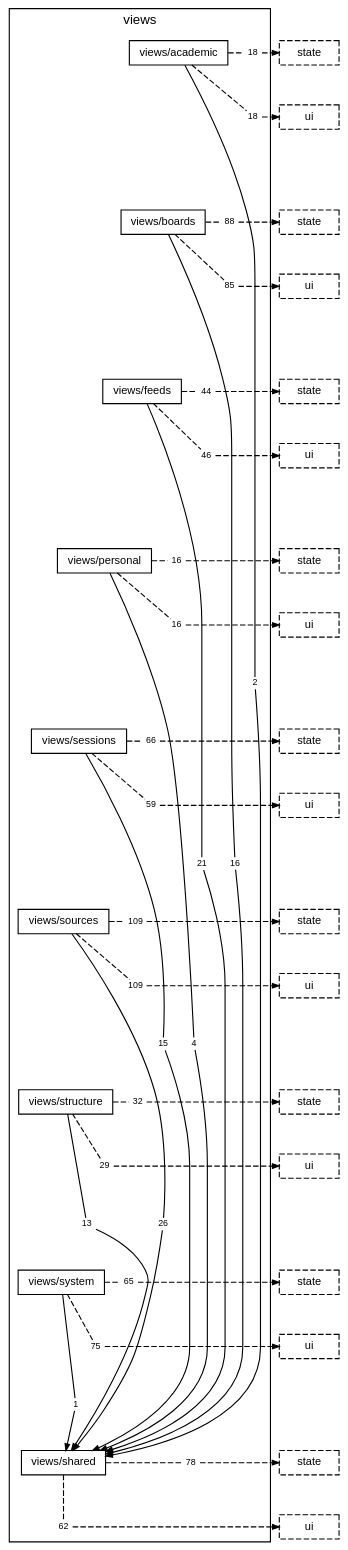
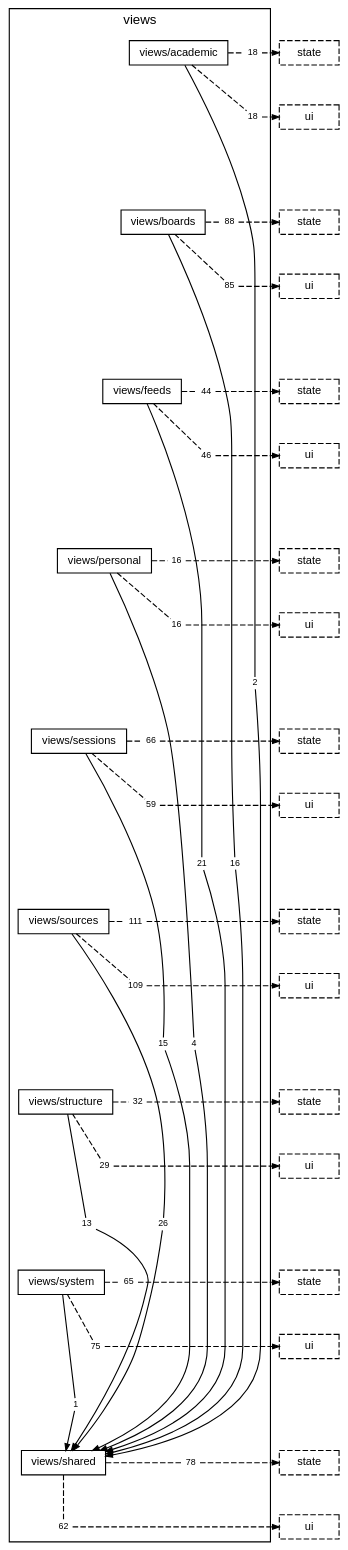
The diagram in docs/diagrams/layer-views.dot (TheAxeC/oculus), drawn with Graphviz before and after one commit. The commit also changed 23 other files, not shown here.

```diff
--- a/docs/diagrams/layer-views.dot
+++ b/docs/diagrams/layer-views.dot
@@ -29,7 +29,7 @@
         "folder views/sessions to layer state" [label="66", shape=box, color="transparent", fontsize=8, width=0, height=0, margin="0.04,0.02"];
         "folder views/sessions to layer ui" [label="59", shape=box, color="transparent", fontsize=8, width=0, height=0, margin="0.04,0.02"];
         "folder views/sources to folder views/shared" [label="26", shape=box, color="transparent", fontsize=8, width=0, height=0, margin="0.04,0.02"];
-        "folder views/sources to layer state" [label="109", shape=box, color="transparent", fontsize=8, width=0, height=0, margin="0.04,0.02"];
+        "folder views/sources to layer state" [label="111", shape=box, color="transparent", fontsize=8, width=0, height=0, margin="0.04,0.02"];
         "folder views/sources to layer ui" [label="109", shape=box, color="transparent", fontsize=8, width=0, height=0, margin="0.04,0.02"];
         "folder views/structure to folder views/shared" [label="13", shape=box, color="transparent", fontsize=8, width=0, height=0, margin="0.04,0.02"];
         "folder views/structure to layer state" [label="32", shape=box, color="transparent", fontsize=8, width=0, height=0, margin="0.04,0.02"];
```
